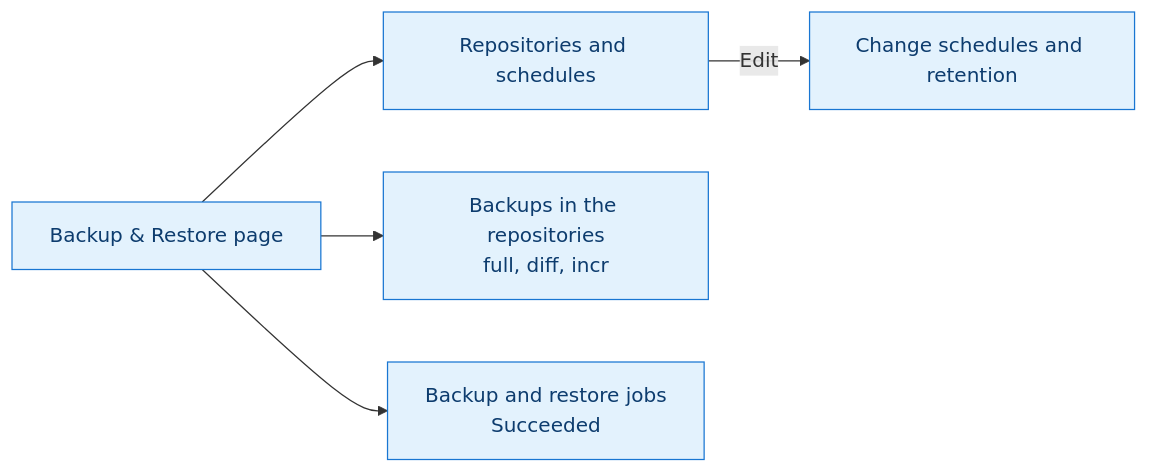
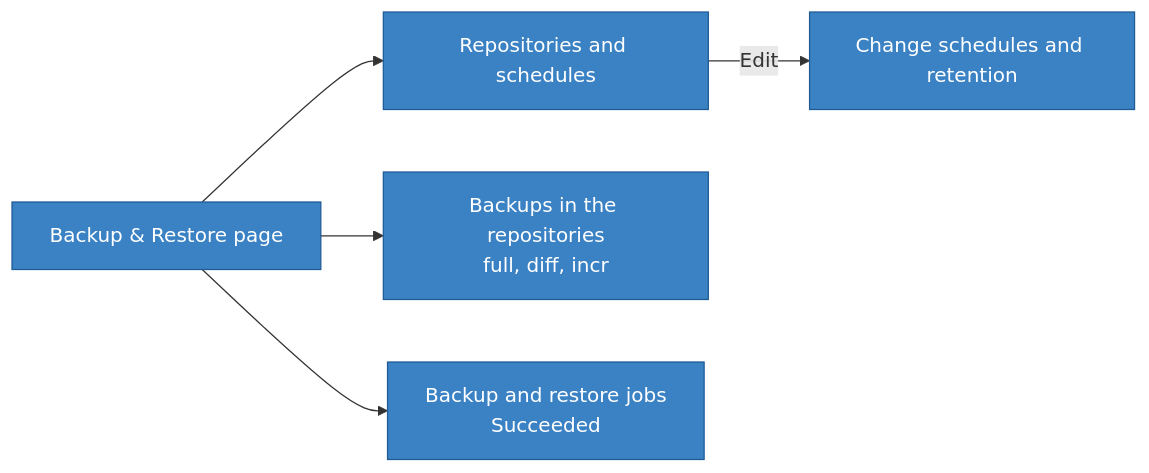
The eighth of 12 diagrams in docs/console.md (AdityaPanchall/keenpg-documentation), drawn with Mermaid before and after one commit. The commit also changed other lines of this file and 1 other file, not shown here.

````diff
--- a/docs/console.md
+++ b/docs/console.md
@@ -855,10 +767,10 @@
 ```mermaid
 flowchart LR
     PAGE["Backup & Restore page"] --> R["Repositories and schedules"]
     PAGE --> B["Backups in the repositories<br/>full, diff, incr"]
     PAGE --> J["Backup and restore jobs<br/>Succeeded"]
     R -->|"Edit"| R2["Change schedules and retention"]
 
-    classDef step fill:#e3f2fd,stroke:#1976d2,color:#0d3c6e
+    classDef step fill:#3b82c4,stroke:#1e5a94,color:#fff
     class PAGE,R,B,J,R2 step
 ```
````
